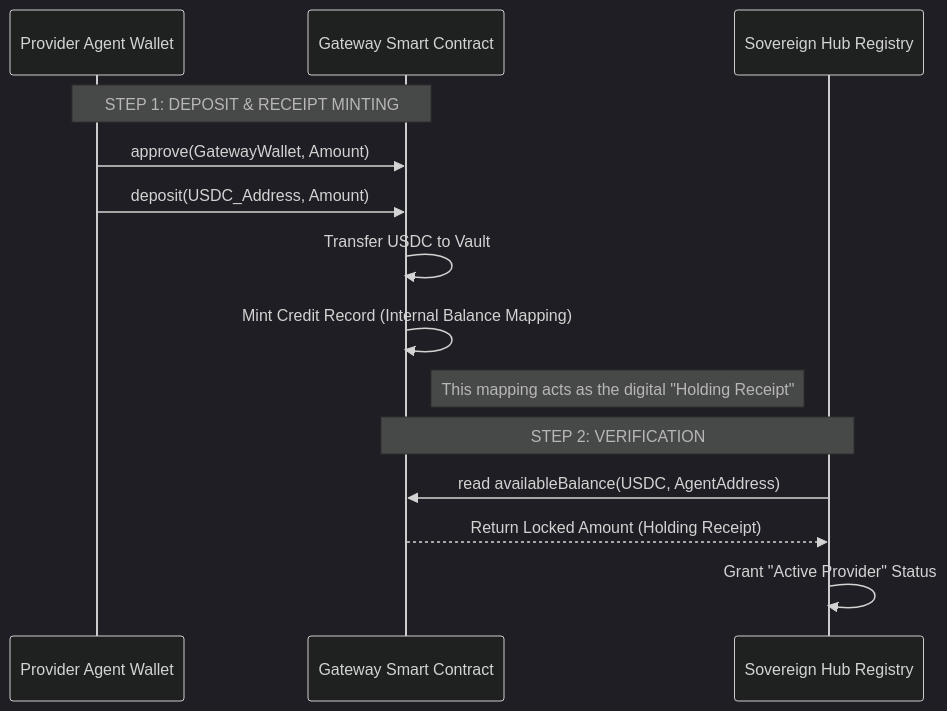
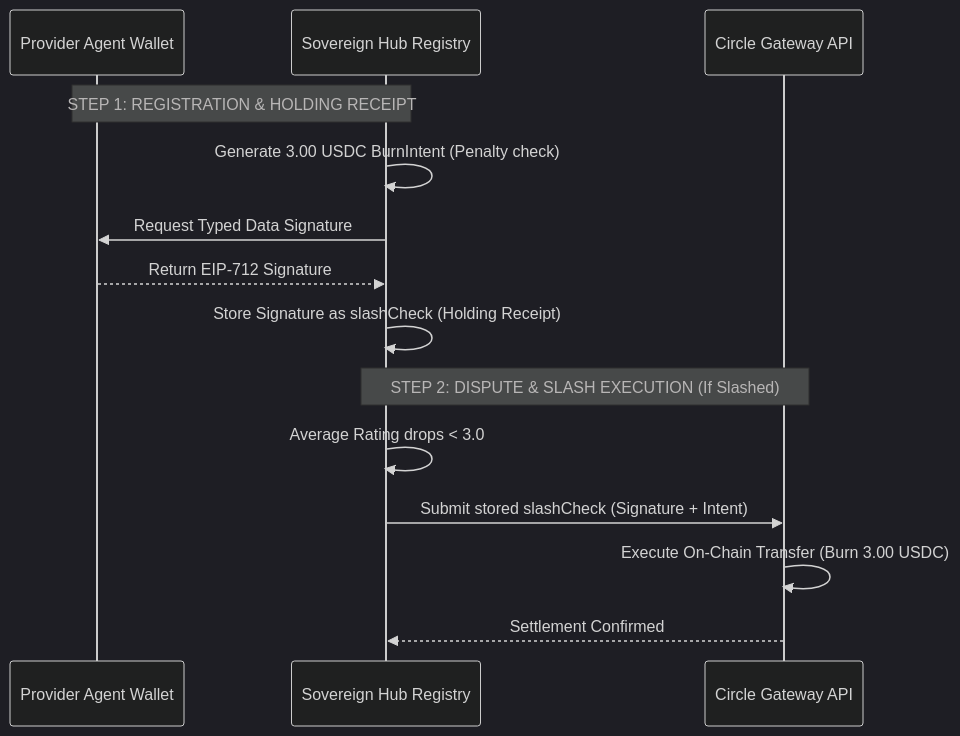
Before and after one commit to ay-web3/arc-agent-economy: the first of 4 diagrams in README.md, drawn with Mermaid (dark theme). The commit also changed other lines of this file, not shown here.

Commit message:
docs: align staking section with actual upfront slashCheck digital holding receipt and slash execution logic

````diff
--- a/README.md
+++ b/README.md
@@ -52,18 +51,18 @@
 ```mermaid
 sequenceDiagram
     participant Agent as Provider Agent Wallet
-    participant Gateway as Gateway Smart Contract
     participant Hub as Sovereign Hub Registry
-
-    Note over Agent, Gateway: STEP 1: DEPOSIT & RECEIPT MINTING
-    Agent->>Gateway: approve(GatewayWallet, Amount)
-    Agent->>Gateway: deposit(USDC_Address, Amount)
-    Gateway->>Gateway: Transfer USDC to Vault
-    Gateway->>Gateway: Mint Credit Record (Internal Balance Mapping)
-    Note right of Gateway: This mapping acts as the digital "Holding Receipt"
-
-    Note over Gateway, Hub: STEP 2: VERIFICATION
-    Hub->>Gateway: read availableBalance(USDC, AgentAddress)
-    Gateway-->>Hub: Return Locked Amount (Holding Receipt)
-    Hub->>Hub: Grant "Active Provider" Status
+    participant Gateway as Circle Gateway API
+    
+    Note over Agent, Hub: STEP 1: REGISTRATION & HOLDING RECEIPT
+    Hub->>Hub: Generate 3.00 USDC BurnIntent (Penalty check)
+    Hub->>Agent: Request Typed Data Signature
+    Agent-->>Hub: Return EIP-712 Signature
+    Hub->>Hub: Store Signature as slashCheck (Holding Receipt)
+    
+    Note over Hub, Gateway: STEP 2: DISPUTE & SLASH EXECUTION (If Slashed)
+    Hub->>Hub: Average Rating drops < 3.0
+    Hub->>Gateway: Submit stored slashCheck (Signature + Intent)
+    Gateway->>Gateway: Execute On-Chain Transfer (Burn 3.00 USDC)
+    Gateway-->>Hub: Settlement Confirmed
 ```
````
